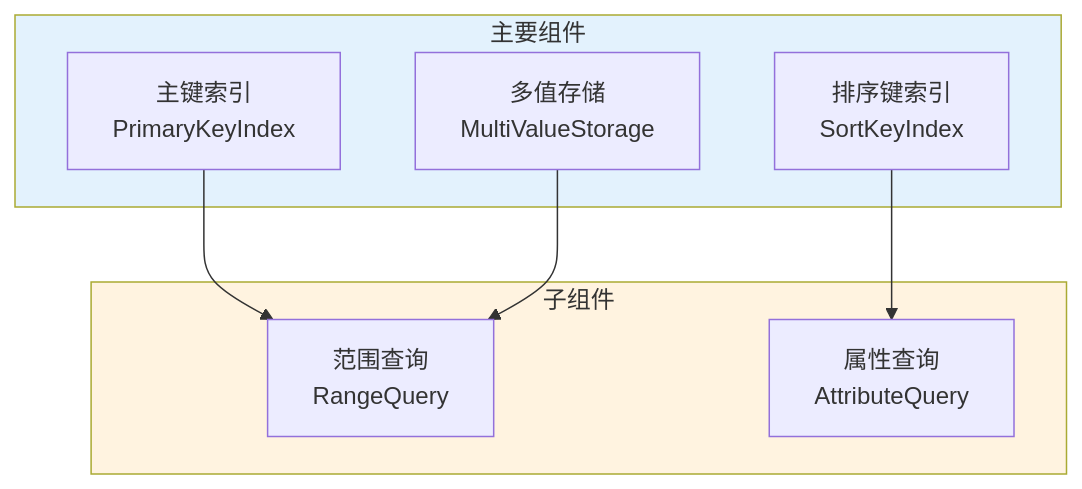
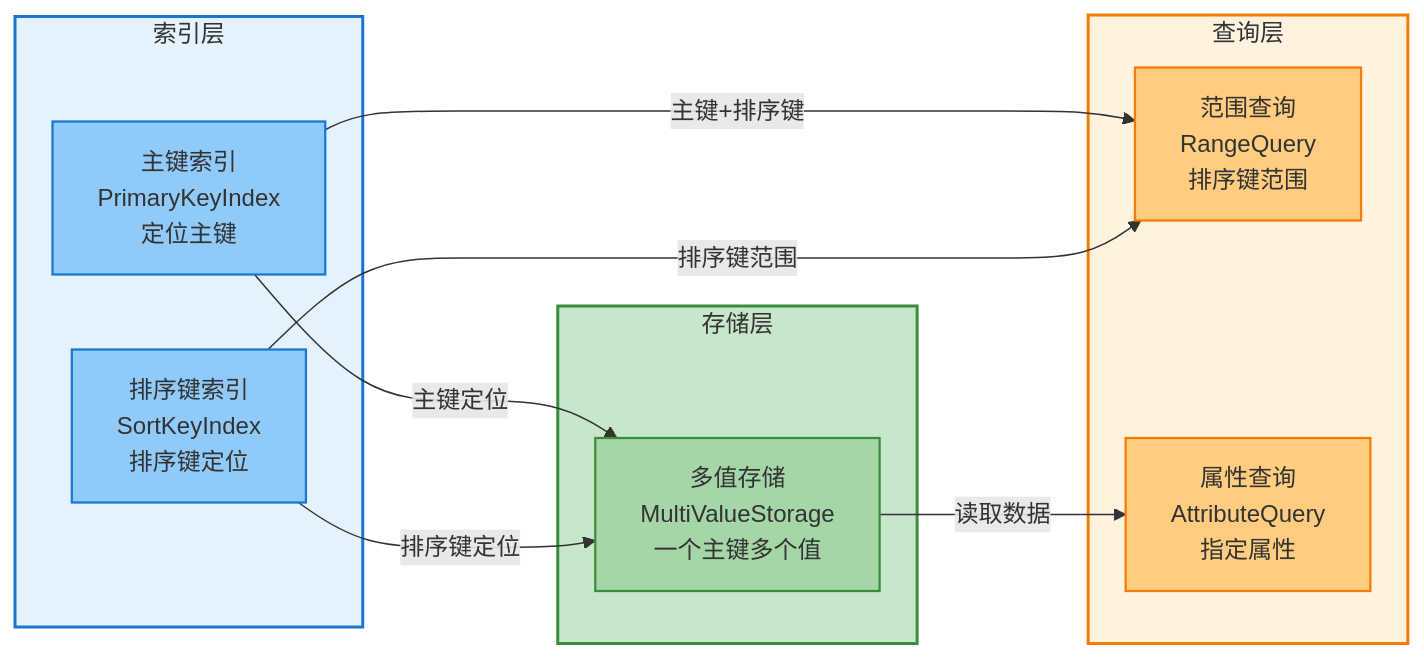
Diagram 12 of 28 in _posts/2025-07-14-indexlib-8-index-types.md (zhouzhilong-commits/zhouzhilong-commits.github.io), drawn with Mermaid before and after one commit. The commit also changed other lines of this file and 6 other files, not shown here.

````diff
--- a/_posts/2025-07-14-indexlib-8-index-types.md
+++ b/_posts/2025-07-14-indexlib-8-index-types.md
@@ -572,20 +663,31 @@
 ```mermaid
-flowchart TD
-    subgraph Main["主要组件"]
-        A["主键索引<br/>PrimaryKeyIndex"]
-        B["排序键索引<br/>SortKeyIndex"]
-        C["多值存储<br/>MultiValueStorage"]
+flowchart LR
+    subgraph Index["索引层"]
+        A["主键索引<br/>PrimaryKeyIndex<br/>定位主键"]
+        B["排序键索引<br/>SortKeyIndex<br/>排序键定位"]
     end
     
-    subgraph Sub["子组件"]
-        D["范围查询<br/>RangeQuery"]
-        E["属性查询<br/>AttributeQuery"]
+    subgraph Storage["存储层"]
+        C["多值存储<br/>MultiValueStorage<br/>一个主键多个值"]
     end
     
-    A --> D
-    B --> E
-    C --> D
+    subgraph Query["查询层"]
+        D["范围查询<br/>RangeQuery<br/>排序键范围"]
+        E["属性查询<br/>AttributeQuery<br/>指定属性"]
+    end
     
-    style Main fill:#e3f2fd
-    style Sub fill:#fff3e0
+    A -->|主键定位| C
+    B -->|排序键定位| C
+    A -->|主键+排序键| D
+    B -->|排序键范围| D
+    C -->|读取数据| E
+    
+    style Index fill:#e3f2fd,stroke:#1976d2,stroke-width:2px
+    style Storage fill:#c8e6c9,stroke:#388e3c,stroke-width:2px
+    style Query fill:#fff3e0,stroke:#f57c00,stroke-width:2px
+    style A fill:#90caf9,stroke:#1976d2,stroke-width:1.5px
+    style B fill:#90caf9,stroke:#1976d2,stroke-width:1.5px
+    style C fill:#a5d6a7,stroke:#388e3c,stroke-width:1.5px
+    style D fill:#ffcc80,stroke:#f57c00,stroke-width:1.5px
+    style E fill:#ffcc80,stroke:#f57c00,stroke-width:1.5px
 ```
````
